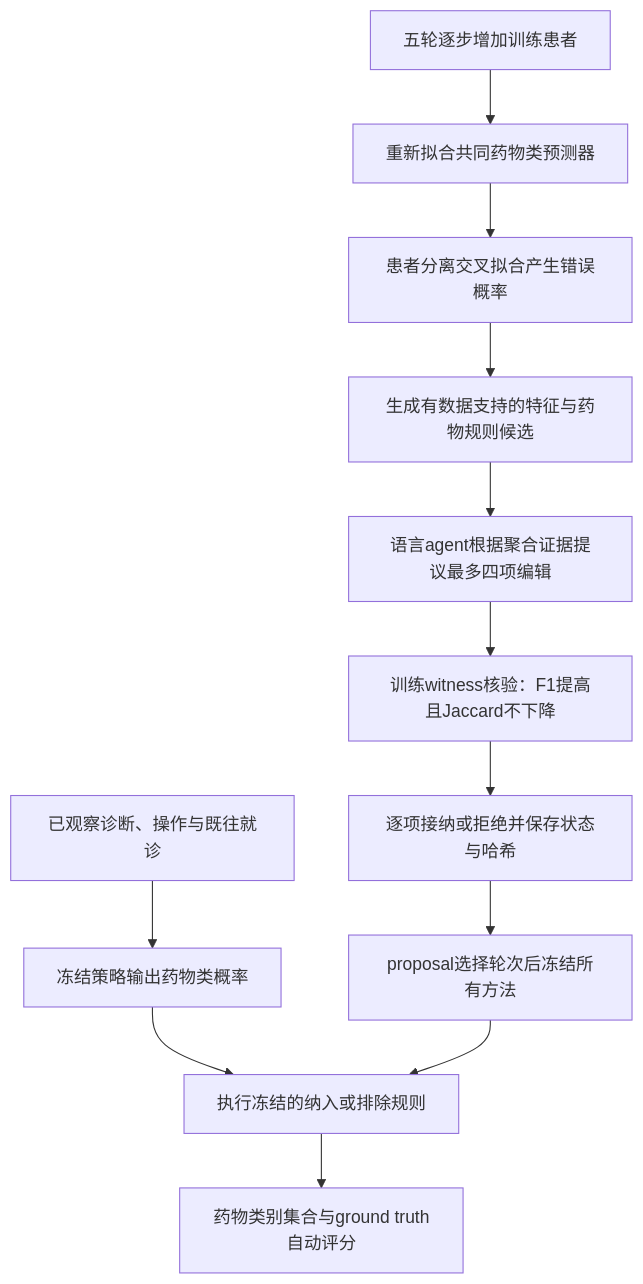
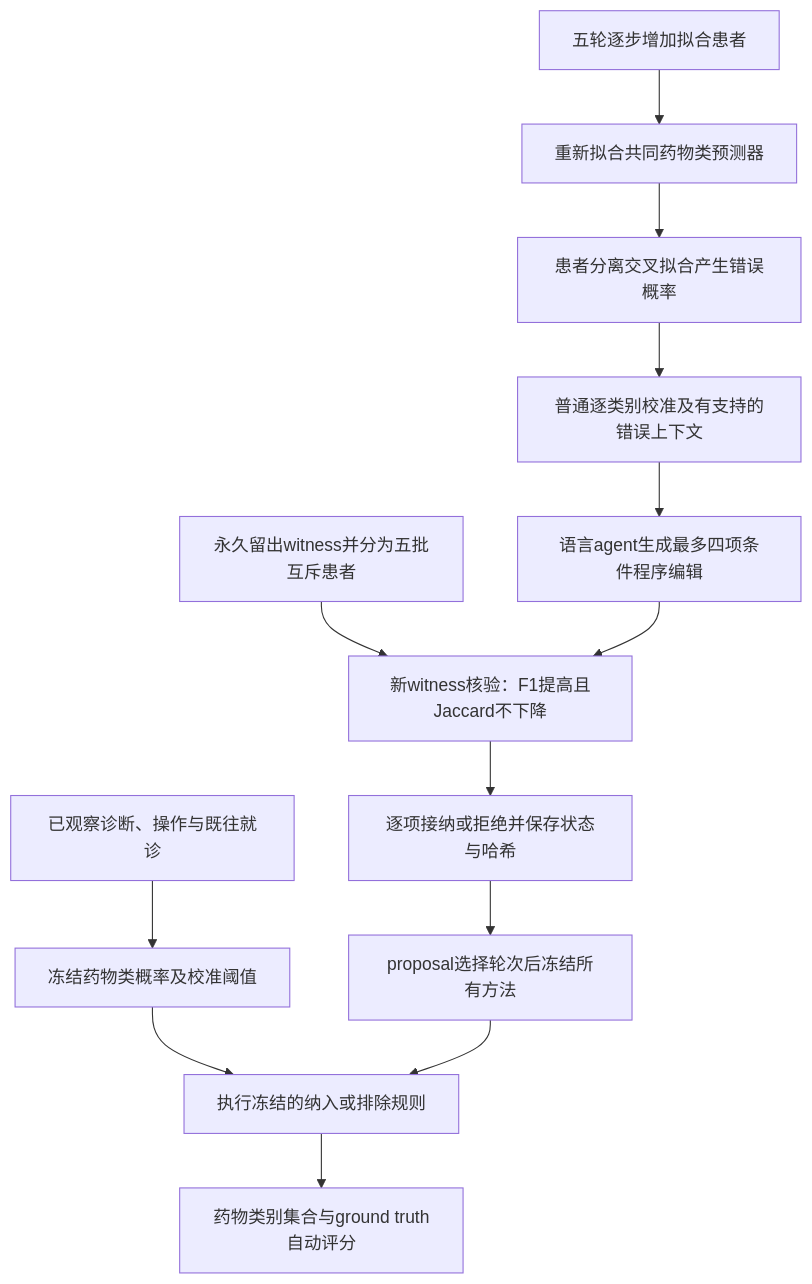
Before and after one commit to ZaneLing/PRISMATIC: the first of 3 diagrams in paper/RXRSI_DESIGN.zh.md, drawn with Mermaid. The commit also changed other lines of this file and 48 other files, not shown here.

````diff
--- a/paper/RXRSI_DESIGN.zh.md
+++ b/paper/RXRSI_DESIGN.zh.md
@@ -9,14 +9,15 @@
 ```mermaid
 flowchart TD
-  A[五轮逐步增加训练患者] --> B[重新拟合共同药物类预测器]
+  W[永久留出witness并分为五批互斥患者] --> F
+  A[五轮逐步增加拟合患者] --> B[重新拟合共同药物类预测器]
   B --> C[患者分离交叉拟合产生错误概率]
-  C --> D[生成有数据支持的特征与药物规则候选]
-  D --> E[语言agent根据聚合证据提议最多四项编辑]
-  E --> F[训练witness核验：F1提高且Jaccard不下降]
+  C --> D[普通逐类别校准及有支持的错误上下文]
+  D --> E[语言agent生成最多四项条件程序编辑]
+  E --> F[新witness核验：F1提高且Jaccard不下降]
   F --> G[逐项接纳或拒绝并保存状态与哈希]
   G --> H[proposal选择轮次后冻结所有方法]
-  X[已观察诊断、操作与既往就诊] --> Y[冻结策略输出药物类概率]
+  X[已观察诊断、操作与既往就诊] --> Y[冻结药物类概率及校准阈值]
   Y --> Z[执行冻结的纳入或排除规则]
   H --> Z
   Z --> R[药物类别集合与ground truth自动评分]
 ```
````
